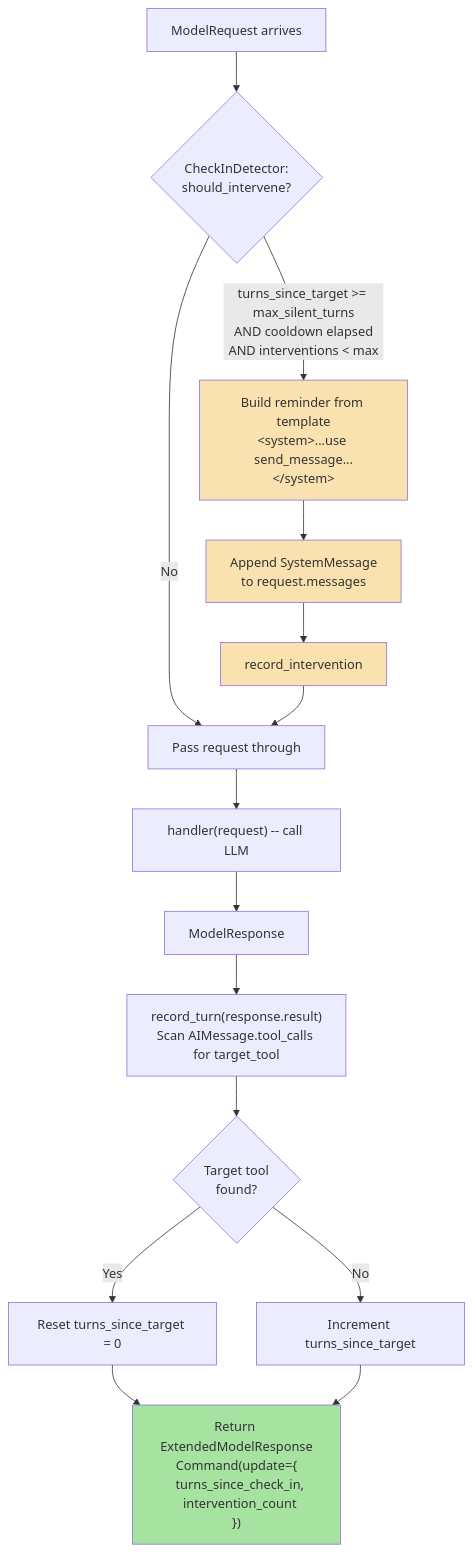
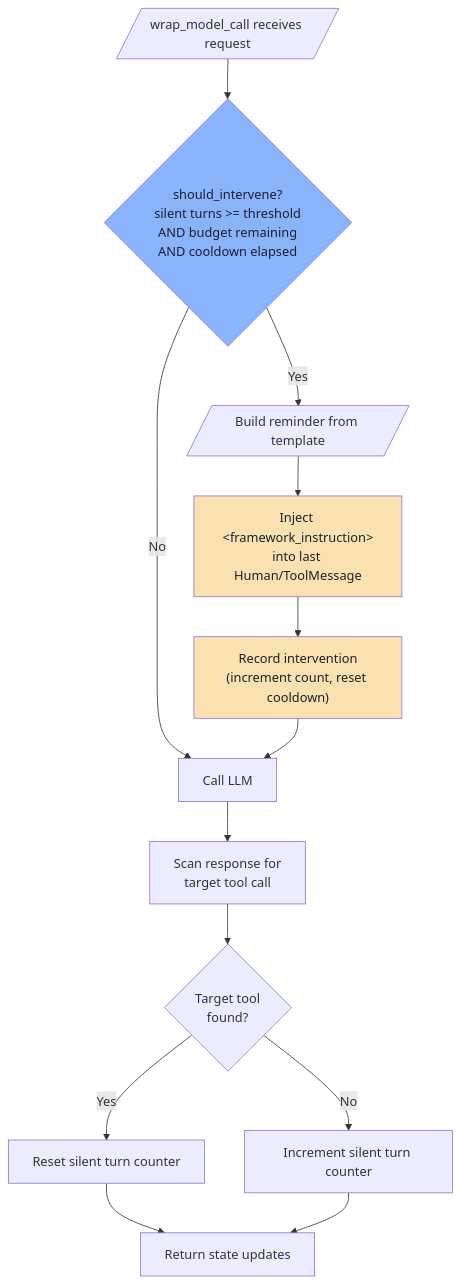
Before and after one commit to johnsosoka/code-examples: the diagram in python/behavior-steering-middleware/src/bsm_examples/drift_detection/DIAGRAM.md, drawn with Mermaid. The commit also changed 7 other files, not shown here.

First line of the commit message:
docs: simplified mermaid diagrams focused on decisions and steering

````diff
--- a/python/behavior-steering-middleware/src/bsm_examples/drift_detection/DIAGRAM.md
+++ b/python/behavior-steering-middleware/src/bsm_examples/drift_detection/DIAGRAM.md
@@ -3,22 +3,24 @@
 ```mermaid
 flowchart TD
-    A[ModelRequest arrives] --> B{CheckInDetector:<br/>should_intervene?}
-    B -- "turns_since_target >= max_silent_turns<br/>AND cooldown elapsed<br/>AND interventions < max" --> C["Build reminder from template<br/>&lt;system&gt;...use send_message...&lt;/system&gt;"]
-    C --> D["Append SystemMessage<br/>to request.messages"]
-    D --> E[record_intervention]
-    B -- No --> F[Pass request through]
-    E --> F
-    F --> G["handler(request) -- call LLM"]
-    G --> H[ModelResponse]
-    H --> I["record_turn(response.result)<br/>Scan AIMessage.tool_calls for target_tool"]
-    I --> J{"Target tool<br/>found?"}
-    J -- Yes --> K["Reset turns_since_target = 0"]
-    J -- No --> L["Increment turns_since_target"]
-    K --> M["Return ExtendedModelResponse<br/>Command(update={<br/>  turns_since_check_in,<br/>  intervention_count<br/>})"]
-    L --> M
+    A[/"wrap_model_call receives request"/] --> B{"should_intervene?<br/>silent turns >= threshold<br/>AND budget remaining<br/>AND cooldown elapsed"}
 
-    style C fill:#f9e2af
-    style D fill:#f9e2af
-    style E fill:#f9e2af
-    style M fill:#a6e3a1
+    B -- Yes --> C[/"Build reminder from template"/]
+    C --> D["Inject &lt;framework_instruction&gt;<br/>into last Human/ToolMessage"]
+    D --> E["Record intervention<br/>(increment count, reset cooldown)"]
+
+    B -- No --> F
+
+    E --> F[Call LLM]
+    F --> G["Scan response for<br/>target tool call"]
+
+    G --> H{"Target tool<br/>found?"}
+    H -- Yes --> I["Reset silent turn counter"]
+    H -- No --> J["Increment silent turn counter"]
+
+    I --> K[Return state updates]
+    J --> K
+
+    style B fill:#89b4fa,color:#1e1e2e
+    style D fill:#f9e2af,color:#1e1e2e
+    style E fill:#f9e2af,color:#1e1e2e
 ```
````
